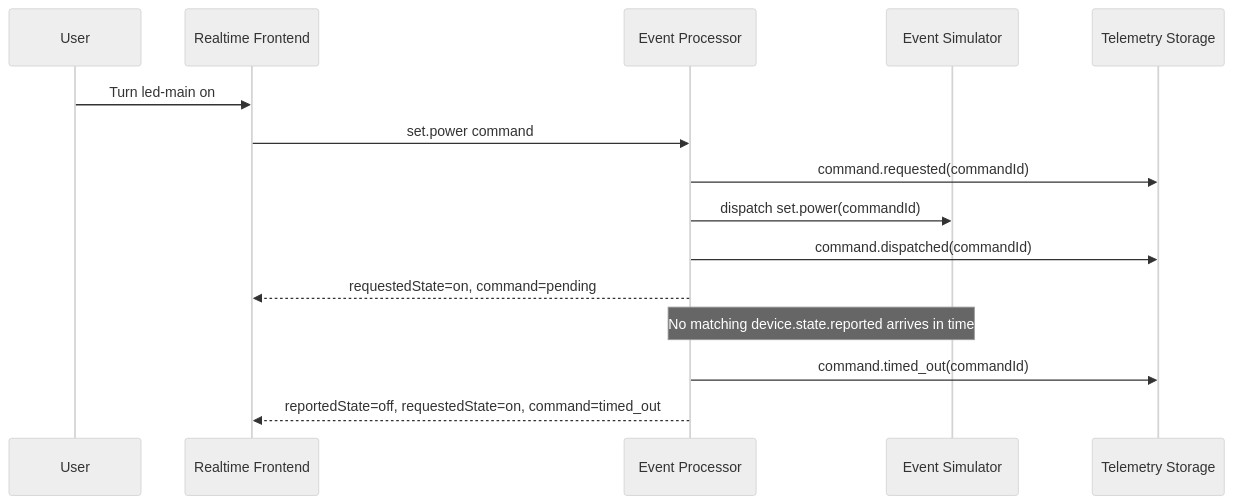
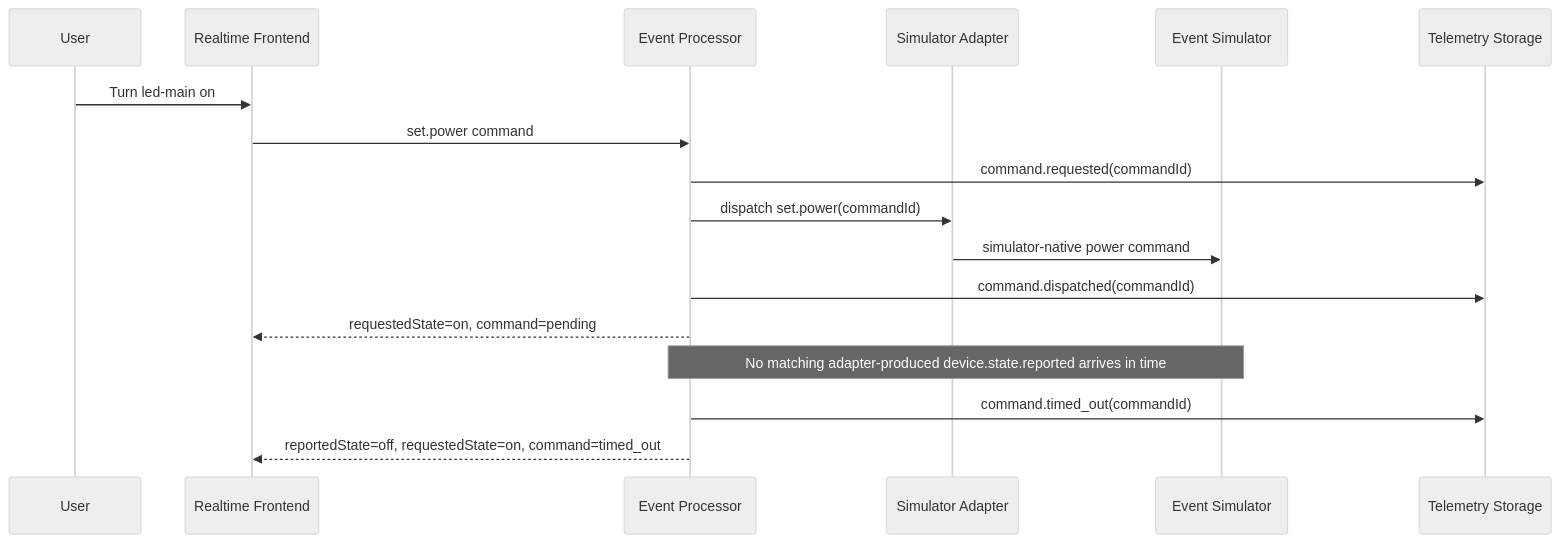
The third of 8 diagrams in docs/architecture/examples.md (SzymonAntczak/smart-room-realtime-control-platform), drawn with Mermaid (neutral theme) before and after one commit. The commit also changed other lines of this file and 9 other files, not shown here.

````diff
--- a/docs/architecture/examples.md
+++ b/docs/architecture/examples.md
@@ -56,20 +64,22 @@
 ```mermaid
 sequenceDiagram
     participant U as User
     participant UI as Realtime Frontend
     participant EP as Event Processor
+    participant SA as Simulator Adapter
     participant S as Event Simulator
     participant Store as Telemetry Storage
 
     U->>UI: Turn led-main on
     UI->>EP: set.power command
     EP->>Store: command.requested(commandId)
-    EP->>S: dispatch set.power(commandId)
+    EP->>SA: dispatch set.power(commandId)
+    SA->>S: simulator-native power command
     EP->>Store: command.dispatched(commandId)
     EP-->>UI: requestedState=on, command=pending
 
-    Note over S,EP: No matching device.state.reported arrives in time
+    Note over S,EP: No matching adapter-produced device.state.reported arrives in time
 
     EP->>Store: command.timed_out(commandId)
     EP-->>UI: reportedState=off, requestedState=on, command=timed_out
 ```
````
